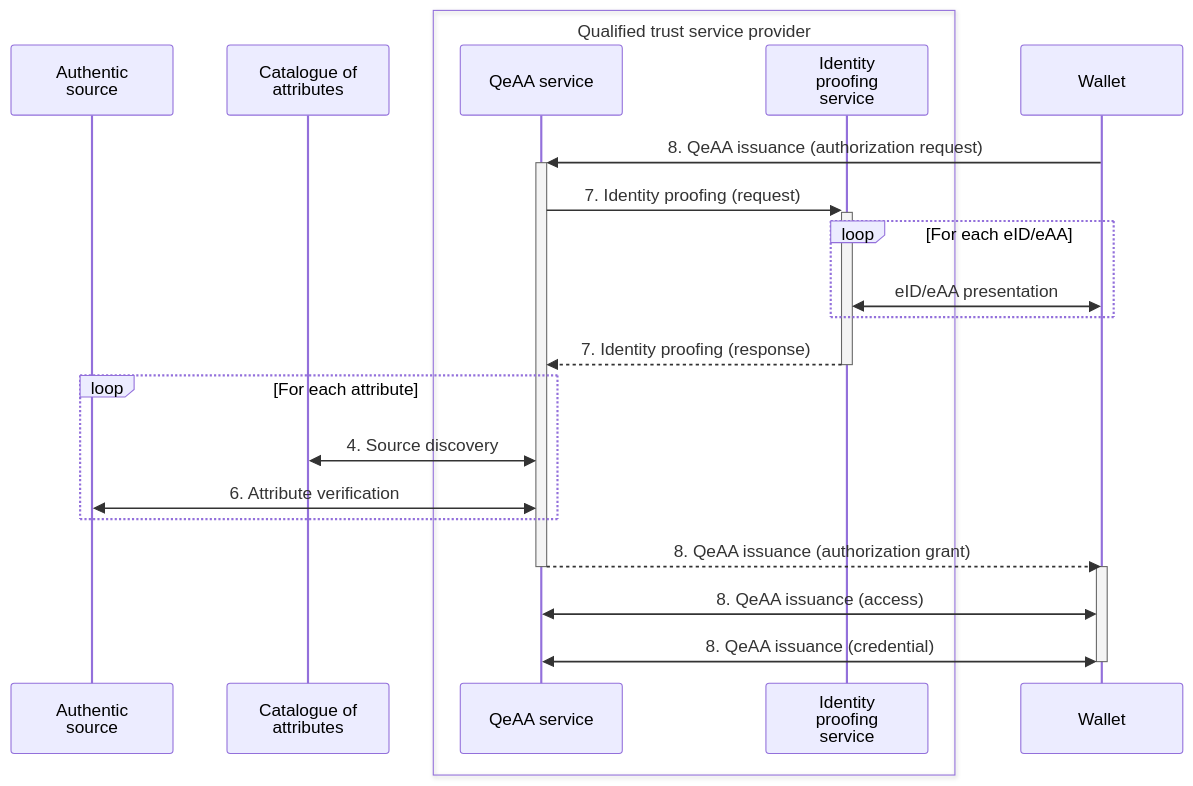
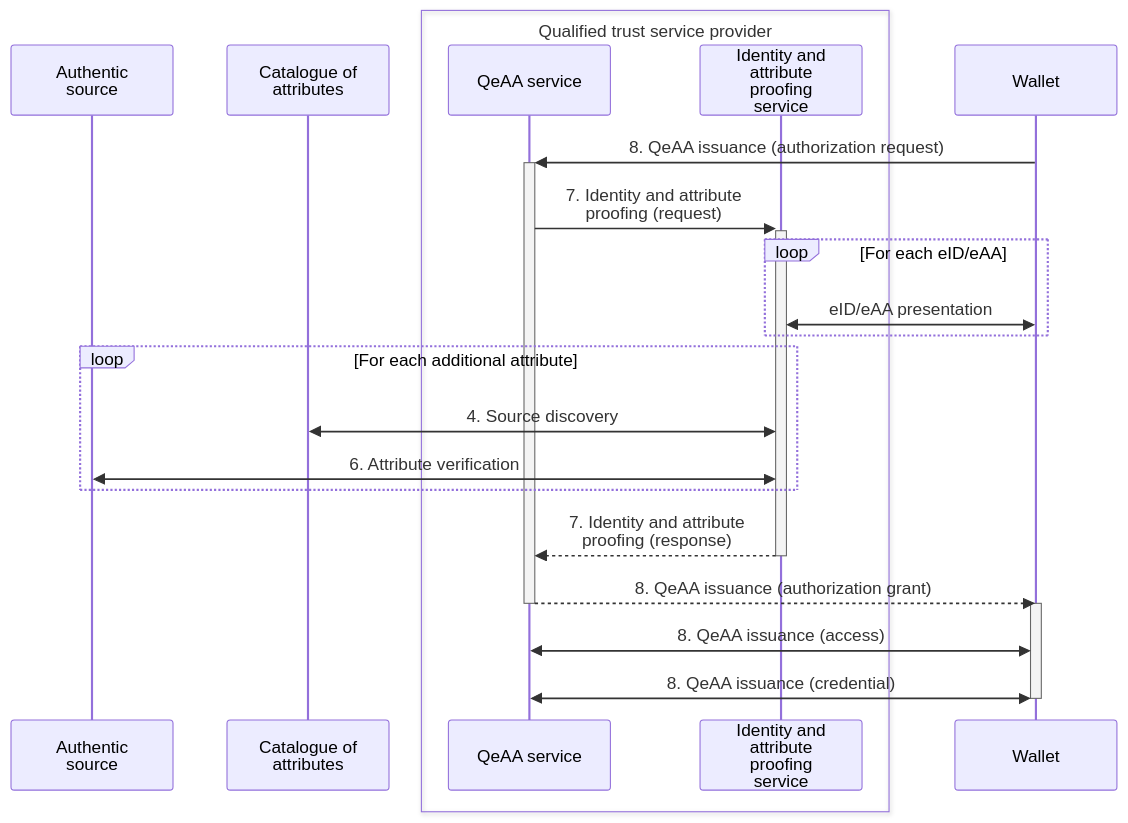
The second of 3 diagrams in docs/qeaa/architecture.md (webuild-consortium/wp4-qtsp-group), drawn with Mermaid before and after one commit. The commit also changed other lines of this file, not shown here.

Commit message:
Extend QeAA IPS to Identity and attribute proofing service

````diff
--- a/docs/qeaa/architecture.md
+++ b/docs/qeaa/architecture.md
@@ -120,24 +121,24 @@
 ```mermaid
 sequenceDiagram
 participant AS as Authentic<br>source
 participant CatAtt as Catalogue of<br>attributes
 box Qualified trust service provider
     participant EAAS as QeAA service
-    participant IPS as Identity<br>proofing<br>service
+    participant IPS as Identity and<br>attribute<br>proofing<br>service
 end
 participant Wallet
 Wallet ->>+ EAAS : 8. QeAA issuance (authorization request)
-EAAS ->>+ IPS : 7. Identity proofing (request)
+EAAS ->>+ IPS : 7. Identity and attribute<br>proofing (request)
 loop For each eID/eAA
     IPS <<->> Wallet : eID/eAA presentation
 end
-IPS -->>- EAAS : 7. Identity proofing (response)
-loop For each attribute
-    EAAS <<->> CatAtt : 4. Source discovery
-    EAAS <<->> AS : 6. Attribute verification
+loop For each additional attribute
+    IPS <<->> CatAtt : 4. Source discovery
+    IPS <<->> AS : 6. Attribute verification
 end
+IPS -->>- EAAS : 7. Identity and attribute<br>proofing (response)
 EAAS -->>- Wallet : 8. QeAA issuance (authorization grant)
 activate Wallet
 Wallet <<->> EAAS : 8. QeAA issuance (access)
 Wallet <<->>- EAAS : 8. QeAA issuance (credential)
 ```
````
